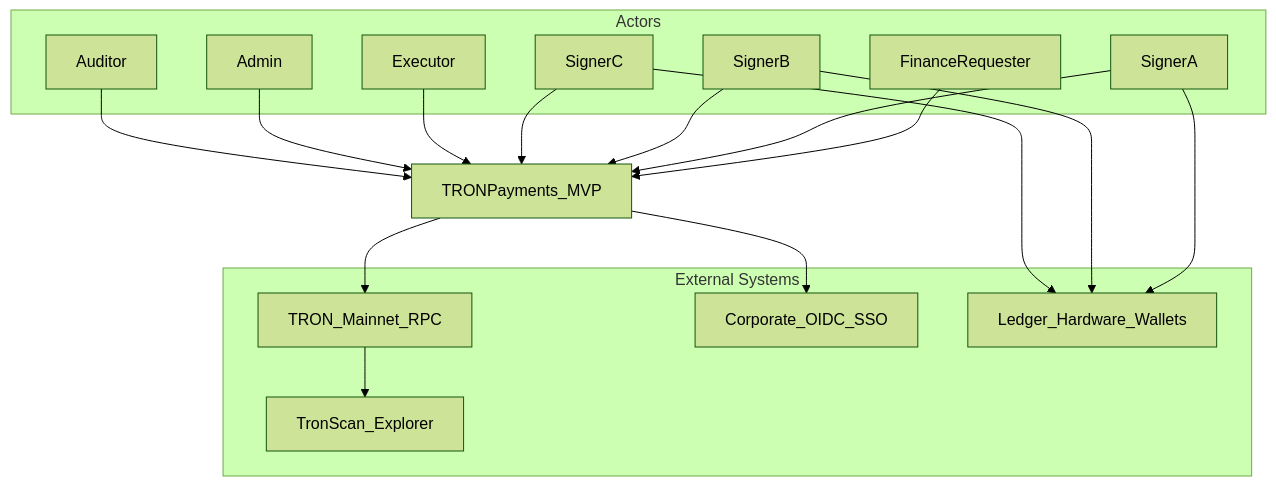
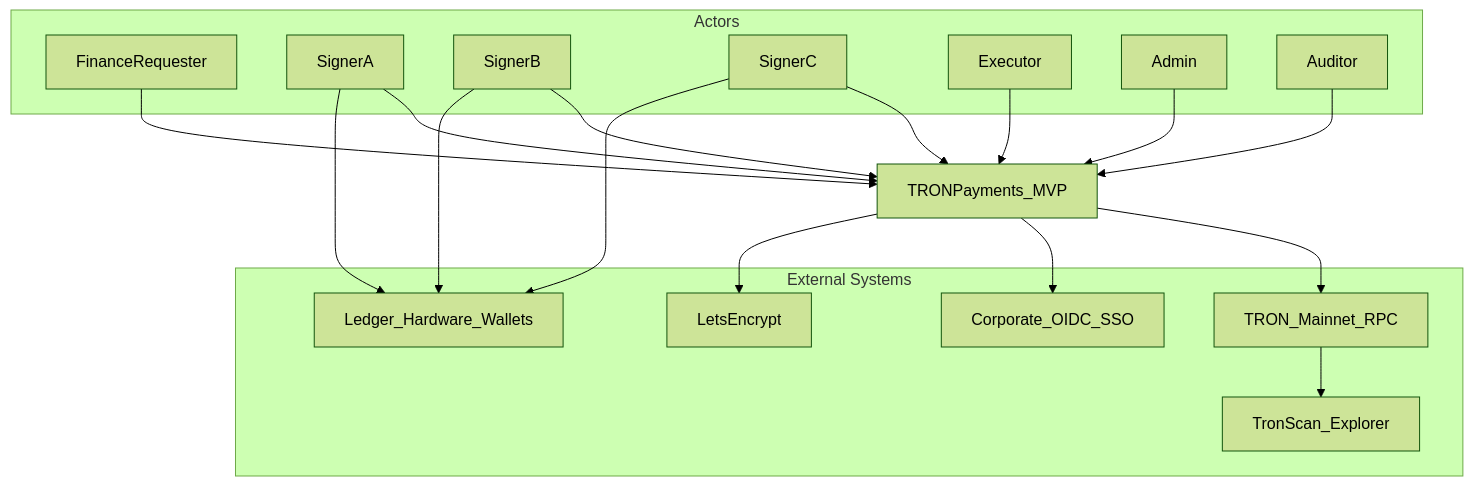
One commit to DiSH/tron-payments changed the first of 2 diagrams in docs/architecture.md. Above: the diagram before and after it, drawn with Mermaid (forest theme). The commit also changed other lines of this file and 11 other files, not shown here.

````diff
--- a/docs/architecture.md
+++ b/docs/architecture.md
@@ -43,36 +43,38 @@
 ```mermaid
 flowchart TB
   subgraph actors [Actors]
     Req[FinanceRequester]
     SA[SignerA]
     SB[SignerB]
     SC[SignerC]
     Exec[Executor]
     Admin[Admin]
     Audit[Auditor]
   end
 
   SYS[TRONPayments_MVP]
 
   subgraph external [External Systems]
     TRON[TRON_Mainnet_RPC]
     Scan[TronScan_Explorer]
     OIDC[Corporate_OIDC_SSO]
     Ledger[Ledger_Hardware_Wallets]
+    LE[LetsEncrypt]
   end
 
   Req --> SYS
   SA --> SYS
   SB --> SYS
   SC --> SYS
   Exec --> SYS
   Admin --> SYS
   Audit --> SYS
 
   SYS --> TRON
   SYS --> OIDC
+  SYS --> LE
   SA --> Ledger
   SB --> Ledger
   SC --> Ledger
   TRON --> Scan
 ```
````
